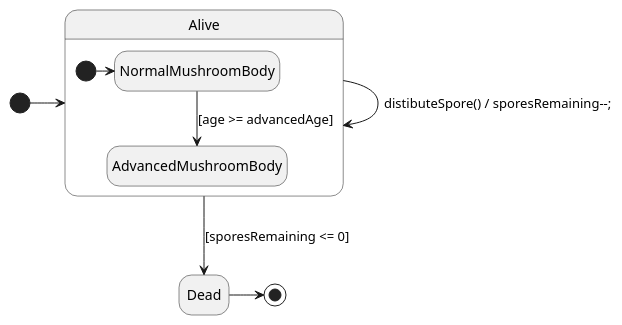
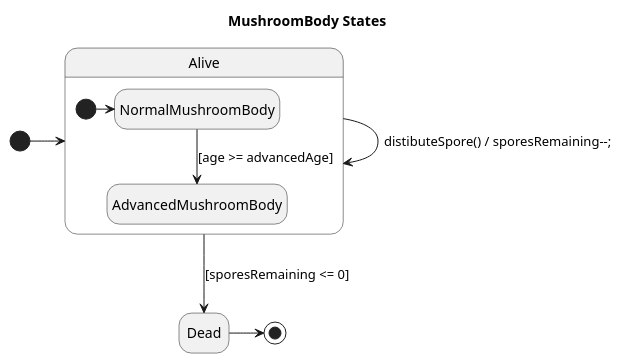
Before and after one commit to dzsem/projlab: the diagram in diagrams/state/mushroom/mushroomBody.wsd, drawn with PlantUML. The commit also changed 1 other file, not shown here.

Commit message:
Added titles to state-charts

```diff
--- a/diagrams/state/mushroom/mushroomBody.wsd
+++ b/diagrams/state/mushroom/mushroomBody.wsd
@@ -1,22 +1,24 @@
 @startuml Mushroom Body Statechart
+title MushroomBody States
+
 hide empty description
 
 
 state Alive {
 
 state NormalMushroomBody
 state AdvancedMushroomBody
 
 [*] -> NormalMushroomBody
 NormalMushroomBody -down-> AdvancedMushroomBody : [age >= advancedAge]
 }
 
 state Dead
 
 [*] -> Alive
 Alive -> Alive: distibuteSpore() / sporesRemaining--;
 Alive -down-> Dead: [sporesRemaining <= 0]
 
 Dead -> [*]
 
 @enduml
```
